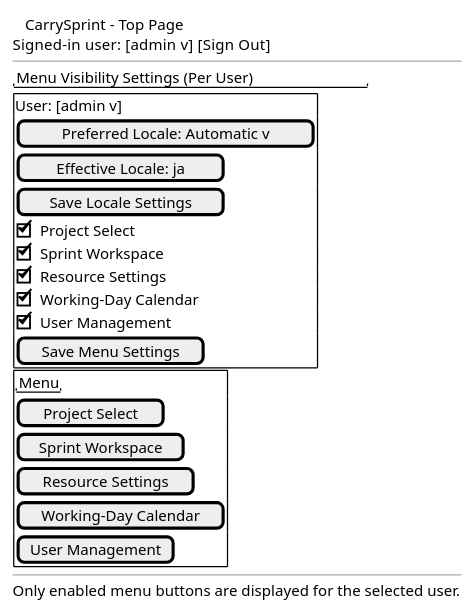
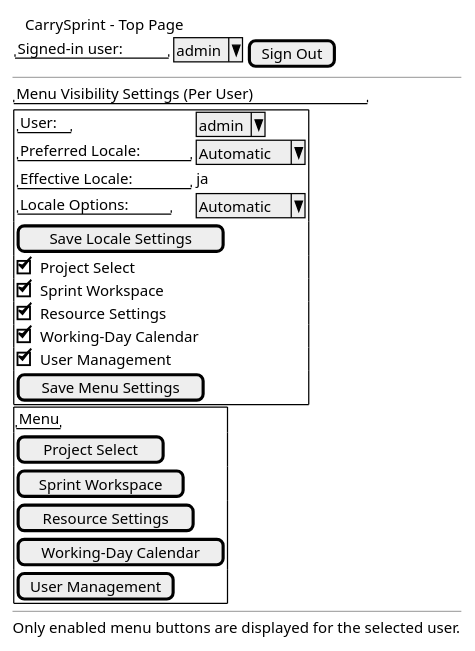
One commit to fangface-hub/carry_sprint_docs changed the diagram in docs/ui/screen_top_page.puml. Above: the diagram before and after it, drawn with PlantUML. The commit also changed 11 other files, not shown here.

```diff
--- a/docs/ui/screen_top_page.puml
+++ b/docs/ui/screen_top_page.puml
@@ -1,35 +1,40 @@
 @startuml CarrySprintTopPageScreen
 salt
 {
 {T
 + CarrySprint - Top Page
-Signed-in user: [admin v]   [Sign Out]
 }
+{|
+"Signed-in user:" | ^admin^ | [Sign Out]
+|}
 --
 "Menu Visibility Settings (Per User)"
 {| 
 {+
-User: [admin v]
-[Preferred Locale: Automatic v]
-[Effective Locale: ja]
+{
+"User:"             | ^admin^
+"Preferred Locale:" | ^Automatic^
+"Effective Locale:" | ja
+"Locale Options:"   | ^Automatic^
+}
 [Save Locale Settings]
 [X] Project Select
 [X] Sprint Workspace
 [X] Resource Settings
 [X] Working-Day Calendar
 [X] User Management
 [Save Menu Settings]
 }
 {+
 "Menu"
 [Project Select]
 [Sprint Workspace]
 [Resource Settings]
 [Working-Day Calendar]
 [User Management]
 }
 |}
 --
 Only enabled menu buttons are displayed for the selected user.
 }
 @enduml
```
